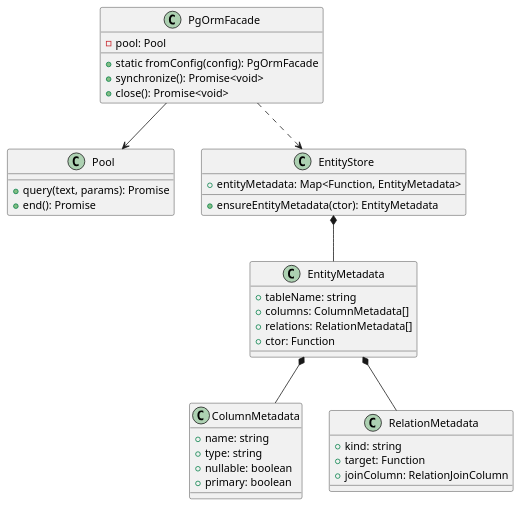
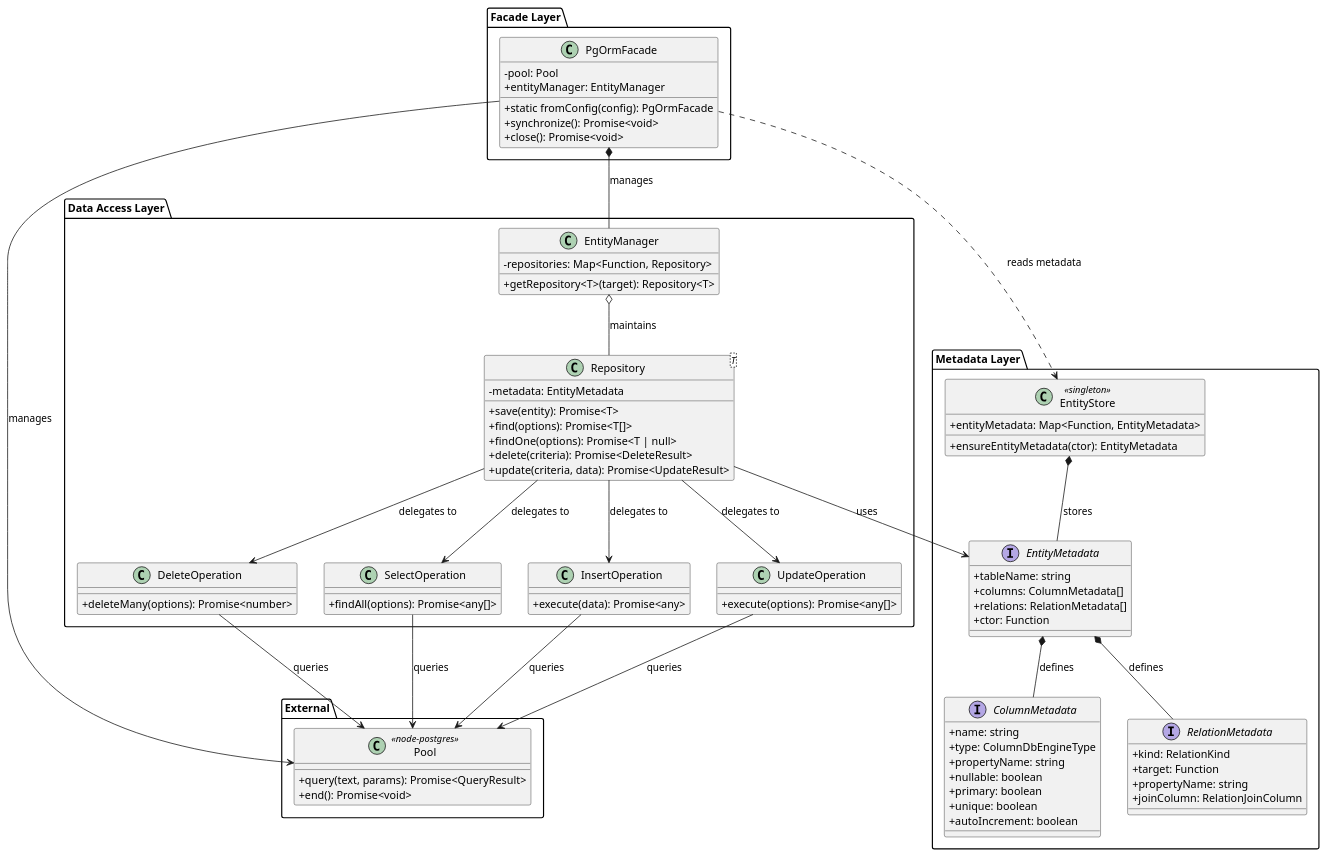
Before and after one commit to mKepka16/agh-design-patterns: the diagram in docs/diagrams/class-diagram.puml, drawn with PlantUML. The commit also changed 7 other files, not shown here.

Commit message:
diagrams updated to include EntityManager and Repository

```diff
--- a/docs/diagrams/class-diagram.puml
+++ b/docs/diagrams/class-diagram.puml
@@ -1,44 +1,100 @@
 @startuml
-class PgOrmFacade {
-    - pool: Pool
-    + static fromConfig(config): PgOrmFacade
-    + synchronize(): Promise<void>
-    + close(): Promise<void>
+skinparam classAttributeIconSize 0
+
+package "Facade Layer" {
+    class PgOrmFacade {
+        - pool: Pool
+        + entityManager: EntityManager
+        + static fromConfig(config): PgOrmFacade
+        + synchronize(): Promise<void>
+        + close(): Promise<void>
+    }
 }
 
-class Pool {
-    + query(text, params): Promise
-    + end(): Promise
+package "Data Access Layer" {
+    class EntityManager {
+        - repositories: Map<Function, Repository>
+        + getRepository<T>(target): Repository<T>
+    }
+
+    class Repository<T> {
+        - metadata: EntityMetadata
+        + save(entity): Promise<T>
+        + find(options): Promise<T[]>
+        + findOne(options): Promise<T | null>
+        + delete(criteria): Promise<DeleteResult>
+        + update(criteria, data): Promise<UpdateResult>
+    }
+
+    class SelectOperation {
+        + findAll(options): Promise<any[]>
+    }
+    class InsertOperation {
+        + execute(data): Promise<any>
+    }
+    class UpdateOperation {
+        + execute(options): Promise<any[]>
+    }
+    class DeleteOperation {
+        + deleteMany(options): Promise<number>
+    }
 }
 
-class EntityMetadata {
-    + tableName: string
-    + columns: ColumnMetadata[]
-    + relations: RelationMetadata[]
-    + ctor: Function
+package "Metadata Layer" {
+    class EntityStore <<singleton>> {
+        + entityMetadata: Map<Function, EntityMetadata>
+        + ensureEntityMetadata(ctor): EntityMetadata
+    }
+
+    interface EntityMetadata {
+        + tableName: string
+        + columns: ColumnMetadata[]
+        + relations: RelationMetadata[]
+        + ctor: Function
+    }
+
+    interface ColumnMetadata {
+        + name: string
+        + type: ColumnDbEngineType
+        + propertyName: string
+        + nullable: boolean
+        + primary: boolean
+        + unique: boolean
+        + autoIncrement: boolean
+    }
+
+    interface RelationMetadata {
+        + kind: RelationKind
+        + target: Function
+        + propertyName: string
+        + joinColumn: RelationJoinColumn
+    }
 }
 
-class ColumnMetadata {
-    + name: string
-    + type: string
-    + nullable: boolean
-    + primary: boolean
+package "External" {
+    class Pool <<node-postgres>> {
+        + query(text, params): Promise<QueryResult>
+        + end(): Promise<void>
+    }
 }
 
-class RelationMetadata {
-    + kind: string
-    + target: Function
-    + joinColumn: RelationJoinColumn
-}
+PgOrmFacade *-- EntityManager : manages
+PgOrmFacade --> Pool : manages
+PgOrmFacade ..> EntityStore : reads metadata
 
-class EntityStore {
-    + entityMetadata: Map<Function, EntityMetadata>
-    + ensureEntityMetadata(ctor): EntityMetadata
-}
+EntityManager o-- Repository : maintains
+Repository --> EntityMetadata : uses
+Repository --> SelectOperation : delegates to
+Repository --> InsertOperation : delegates to
+Repository --> UpdateOperation : delegates to
+Repository --> DeleteOperation : delegates to
 
-PgOrmFacade --> Pool
-PgOrmFacade ..> EntityStore
-EntityStore *-- EntityMetadata
-EntityMetadata *-- ColumnMetadata
-EntityMetadata *-- RelationMetadata
+SelectOperation --> Pool : queries
+InsertOperation --> Pool : queries
+UpdateOperation --> Pool : queries
+DeleteOperation --> Pool : queries
+
+EntityStore *-- EntityMetadata : stores
+EntityMetadata *-- ColumnMetadata : defines
+EntityMetadata *-- RelationMetadata : defines
 @enduml
```
